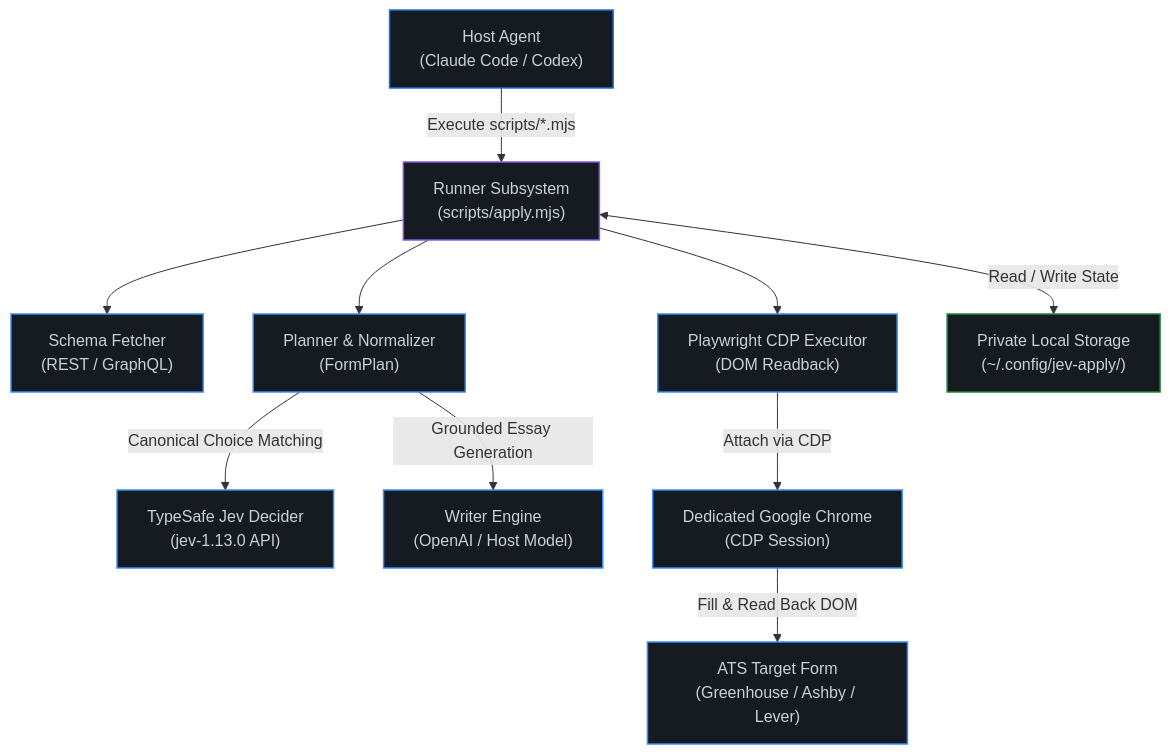
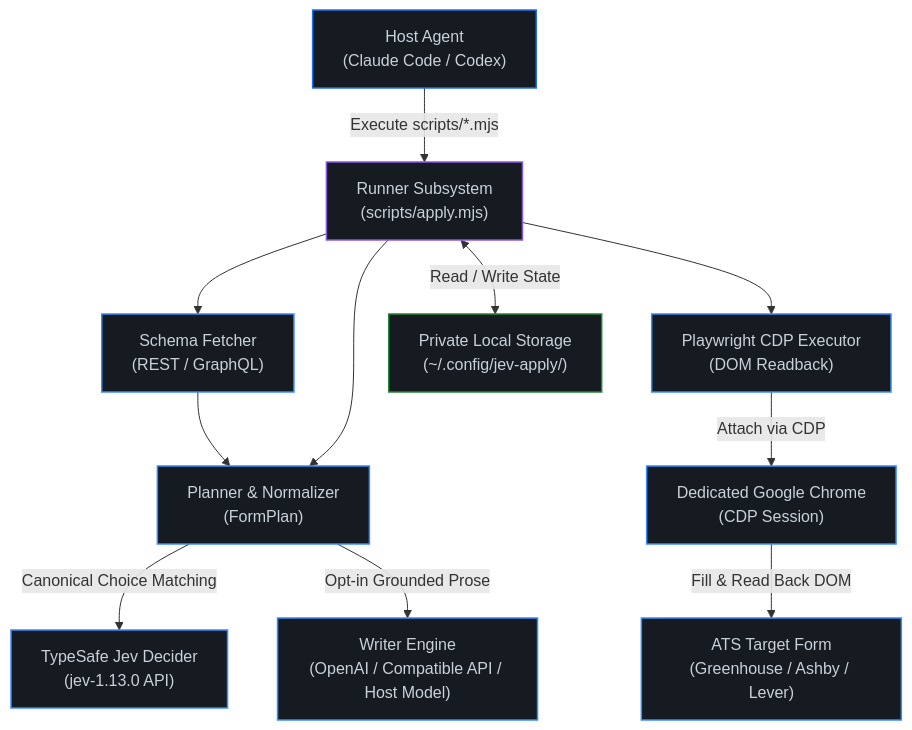
One commit to TheAdaply/jev-apply changed the first of 2 diagrams in README.md. Above: the diagram before and after it, drawn with Mermaid. The commit also changed other lines of this file and 2 other files, not shown here.

````diff
--- a/README.md
+++ b/README.md
@@ -93,28 +93,29 @@
 ```mermaid
 flowchart TD
   classDef agent fill:#161b22,stroke:#1f6feb,stroke-width:1.5px,color:#c9d1d9
   classDef runner fill:#161b22,stroke:#8957e5,stroke-width:1.5px,color:#c9d1d9
   classDef storage fill:#161b22,stroke:#238636,stroke-width:1.5px,color:#c9d1d9
   classDef service fill:#161b22,stroke:#388bfd,stroke-width:1.5px,color:#c9d1d9
 
   HostAgent["Host Agent<br/>(Claude Code / Codex)"]:::agent
   CoreRunner["Runner Subsystem<br/>(scripts/apply.mjs)"]:::runner
   SchemaFetcher["Schema Fetcher<br/>(REST / GraphQL)"]:::service
   Planner["Planner & Normalizer<br/>(FormPlan)"]:::service
   JevAPI["TypeSafe Jev Decider<br/>(jev-1.13.0 API)"]:::service
-  WriterAPI["Writer Engine<br/>(OpenAI / Host Model)"]:::service
+  WriterAPI["Writer Engine<br/>(OpenAI / Compatible API / Host Model)"]:::service
   ExecEngine["Playwright CDP Executor<br/>(DOM Readback)"]:::service
   LocalStorage["Private Local Storage<br/>(~/.config/jev-apply/)"]:::storage
   LocalChrome["Dedicated Google Chrome<br/>(CDP Session)"]:::service
   ATSBoard["ATS Target Form<br/>(Greenhouse / Ashby / Lever)"]:::service
 
   HostAgent -->|Execute scripts/*.mjs| CoreRunner
   CoreRunner <-->|Read / Write State| LocalStorage
   CoreRunner --> SchemaFetcher
+  SchemaFetcher --> Planner
   CoreRunner --> Planner
   Planner -->|Canonical Choice Matching| JevAPI
-  Planner -->|Grounded Essay Generation| WriterAPI
+  Planner -->|Opt-in Grounded Prose| WriterAPI
   CoreRunner --> ExecEngine
   ExecEngine -->|Attach via CDP| LocalChrome
   LocalChrome -->|Fill & Read Back DOM| ATSBoard
 ```
````
